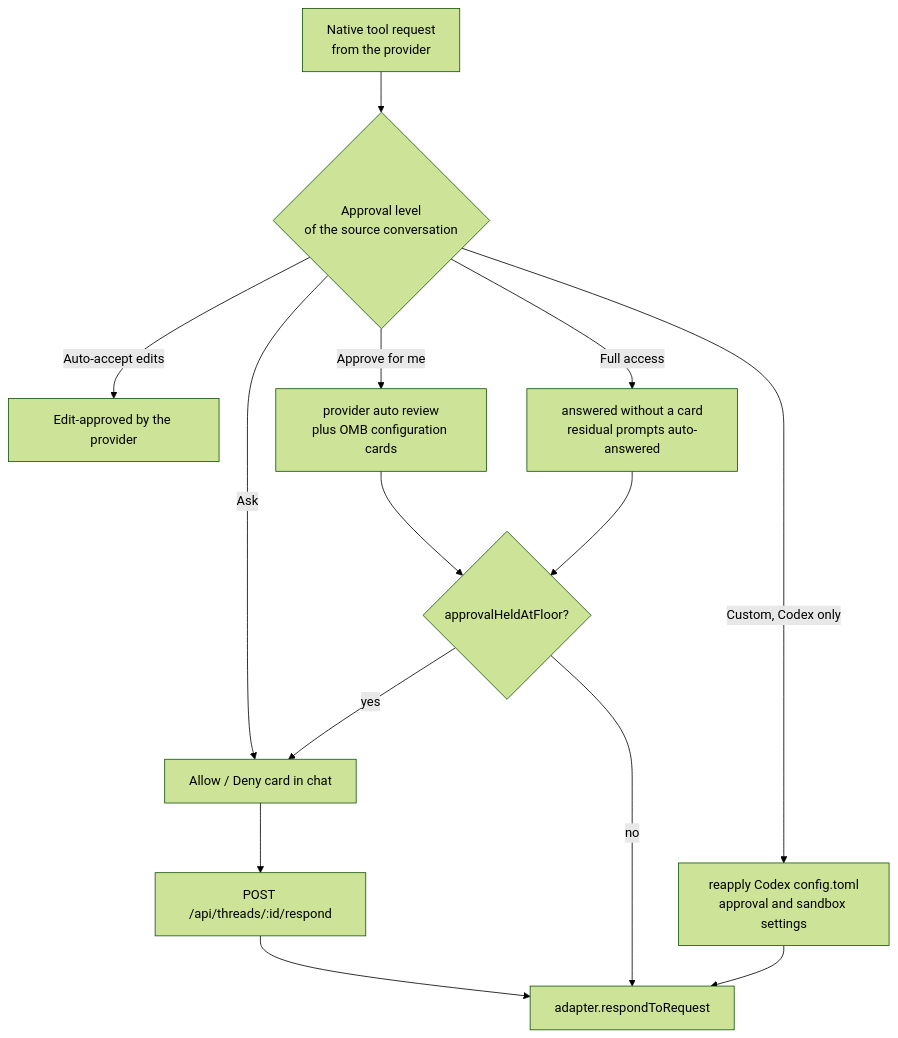
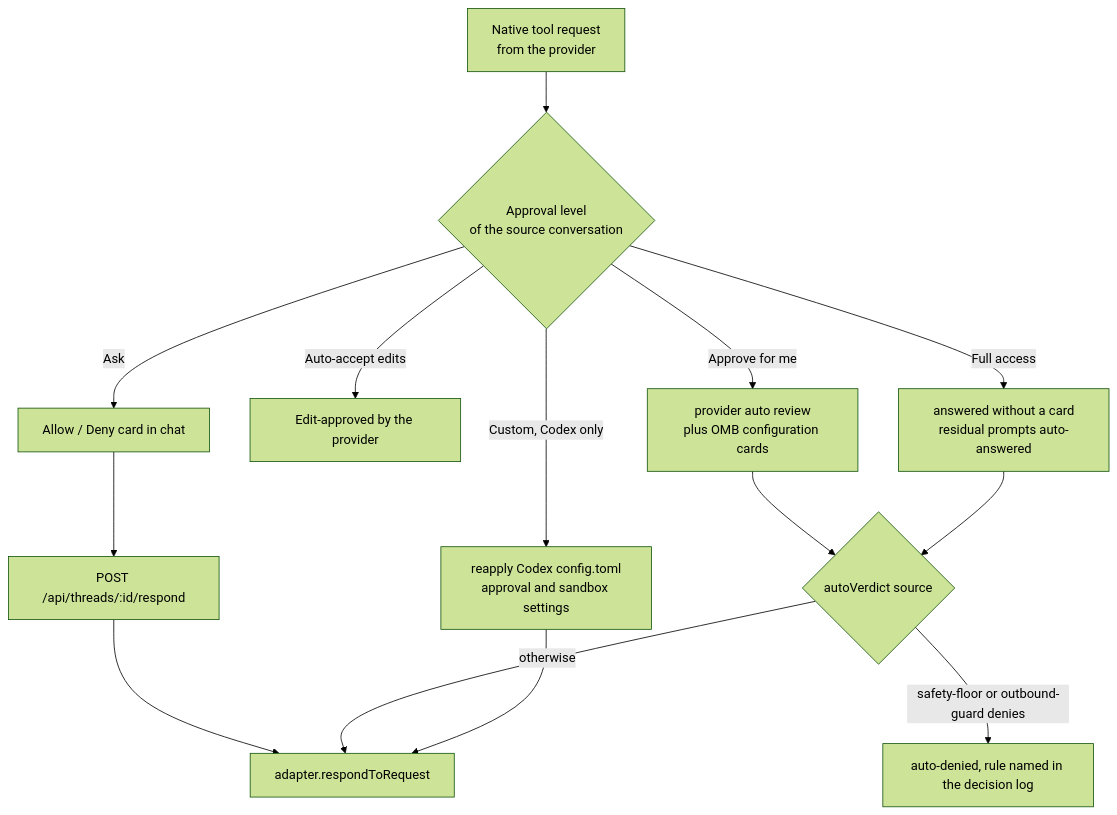
Before and after one commit to falentio/yap: the sixth of 8 diagrams in research/technology/openmausbot-architecture.md, drawn with Mermaid (forest theme). The commit also changed other lines of this file, not shown here.

First line of the commit message:
docs(technology): correct OpenMausBot's driver count and approval floor

````diff
--- a/research/technology/openmausbot-architecture.md
+++ b/research/technology/openmausbot-architecture.md
@@ -234,16 +246,16 @@
 ```mermaid
 flowchart TD
     Req["Native tool request<br/>from the provider"] --> Which{"Approval level<br/>of the source conversation"}
     Which -->|"Ask"| Card["Allow / Deny card in chat"]
     Which -->|"Auto-accept edits"| Edit["Edit-approved by the provider"]
     Which -->|"Approve for me"| Auto["provider auto review<br/>plus OMB configuration cards"]
     Which -->|"Full access"| Full["answered without a card<br/>residual prompts auto-answered"]
     Which -->|"Custom, Codex only"| Toml["reapply Codex config.toml<br/>approval and sandbox settings"]
     Card --> Human["POST /api/threads/:id/respond"]
     Human --> Verdict["adapter.respondToRequest"]
-    Auto --> Floor{"approvalHeldAtFloor?"}
+    Auto --> Floor{"autoVerdict source"}
     Full --> Floor
-    Floor -->|"yes"| Card
-    Floor -->|"no"| Verdict
+    Floor -->|"safety-floor or outbound-guard denies"| Deny["auto-denied, rule named in the decision log"]
+    Floor -->|"otherwise"| Verdict
     Toml --> Verdict
 ```
````
